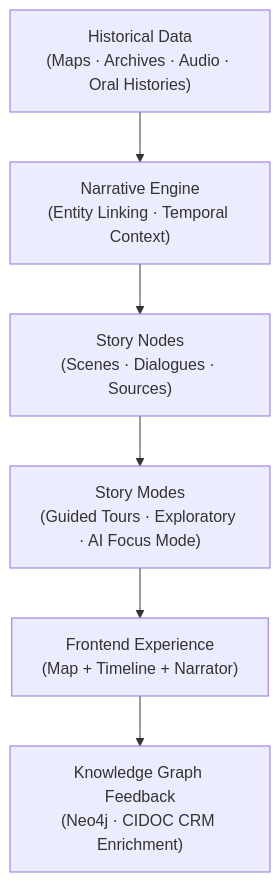
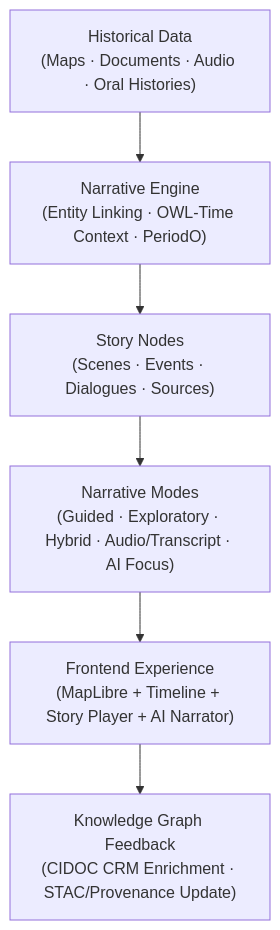
Before and after one commit to bartytime4life/Kansas-Frontier-Matrix: the first of 2 diagrams in docs/design/storytelling.md, drawn with Mermaid. The commit also changed other lines of this file, not shown here.

````diff
--- a/docs/design/storytelling.md
+++ b/docs/design/storytelling.md
@@ -69,8 +81,8 @@
 ```mermaid
 flowchart TD
-    A["Historical Data\n(Maps · Archives · Audio · Oral Histories)"] --> B["Narrative Engine\n(Entity Linking · Temporal Context)"]
-    B --> C["Story Nodes\n(Scenes · Dialogues · Sources)"]
-    C --> D["Story Modes\n(Guided Tours · Exploratory · AI Focus Mode)"]
-    D --> E["Frontend Experience\n(Map + Timeline + Narrator)"]
-    E --> F["Knowledge Graph Feedback\n(Neo4j · CIDOC CRM Enrichment)"]
+    A["Historical Data\n(Maps · Documents · Audio · Oral Histories)"] --> B["Narrative Engine\n(Entity Linking · OWL-Time Context · PeriodO)"]
+    B --> C["Story Nodes\n(Scenes · Events · Dialogues · Sources)"]
+    C --> D["Narrative Modes\n(Guided · Exploratory · Hybrid · Audio/Transcript · AI Focus)"]
+    D --> E["Frontend Experience\n(MapLibre + Timeline + Story Player + AI Narrator)"]
+    E --> F["Knowledge Graph Feedback\n(CIDOC CRM Enrichment · STAC/Provenance Update)"]
 ```
````
